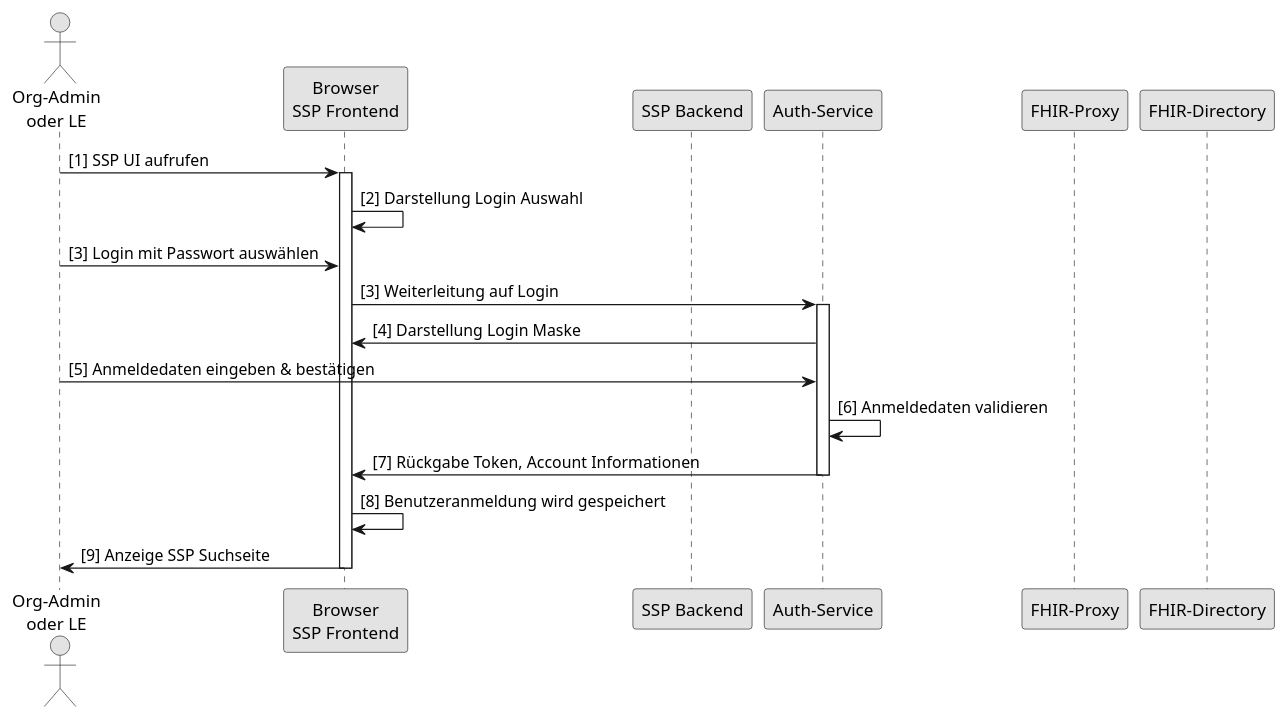
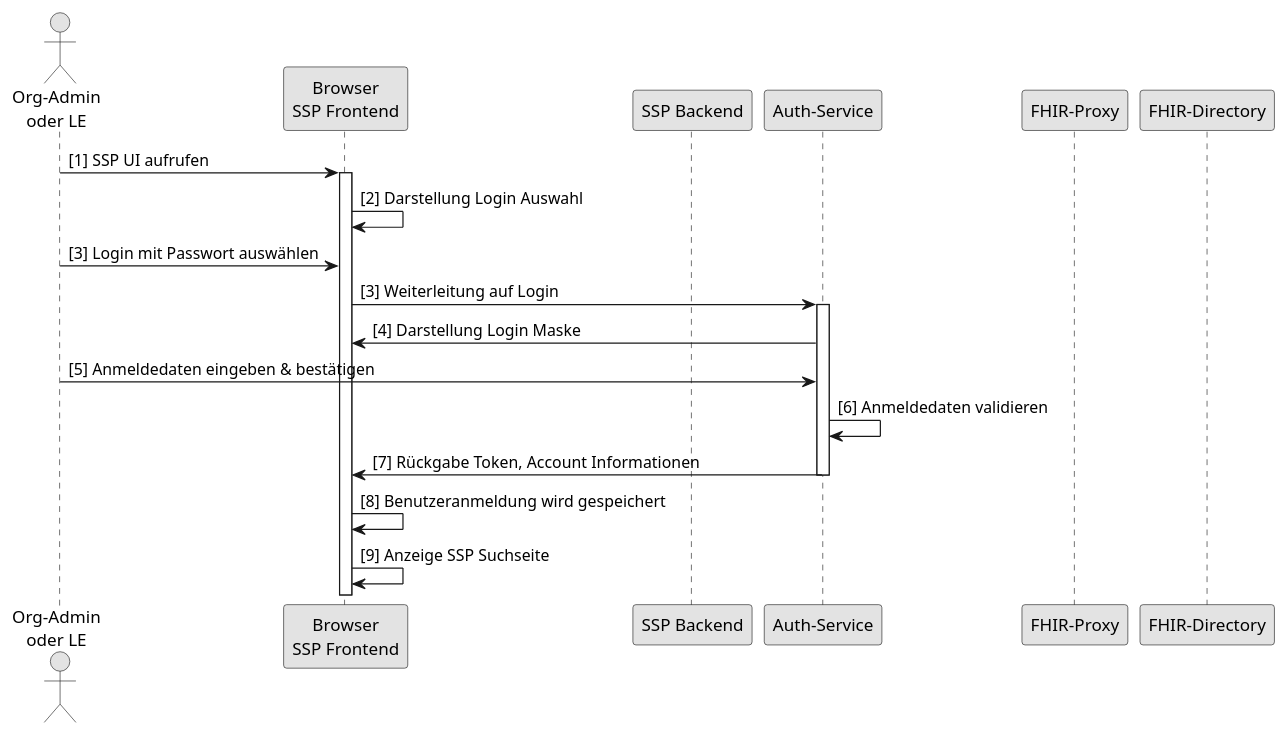
The diagram in src/plantuml/SequenceDiagram.FHIR-Directory.SSP.Auth.Passw.puml (gematik/api-vzd), drawn with PlantUML before and after one commit.

```diff
--- a/src/plantuml/SequenceDiagram.FHIR-Directory.SSP.Auth.Passw.puml
+++ b/src/plantuml/SequenceDiagram.FHIR-Directory.SSP.Auth.Passw.puml
@@ -1,32 +1,31 @@
 @startuml
 skinparam dpi 100
 skinparam WrapWidth 200
 skinparam monochrome true
 
 'title "FHIR-Directory, Sequenzdiagram SSP Authenticate mit Passwort"
 actor o as "Org-Admin\noder LE"
 participant cl as "Browser\nSSP Frontend"
 participant be as "SSP Backend"
 participant au as "Auth-Service"
 participant fp as "FHIR-Proxy"
 participant fd as "FHIR-Directory"
 
 
 o -> cl: [1] SSP UI aufrufen
 activate cl
 cl -> cl: [2] Darstellung Login Auswahl
 o -> cl: [3] Login mit Passwort auswählen
 
 cl -> au: [3] Weiterleitung auf Login
 activate au
 au -> cl: [4] Darstellung Login Maske
 o -> au: [5] Anmeldedaten eingeben & bestätigen
 au -> au: [6] Anmeldedaten validieren
 au -> cl: [7] Rückgabe Token, Account Informationen
 deactivate au
 
 cl -> cl: [8] Benutzeranmeldung wird gespeichert
-cl -> o: [9] Anzeige SSP Suchseite
+cl -> cl: [9] Anzeige SSP Suchseite
 
-deactivate cl
 @enduml
```
